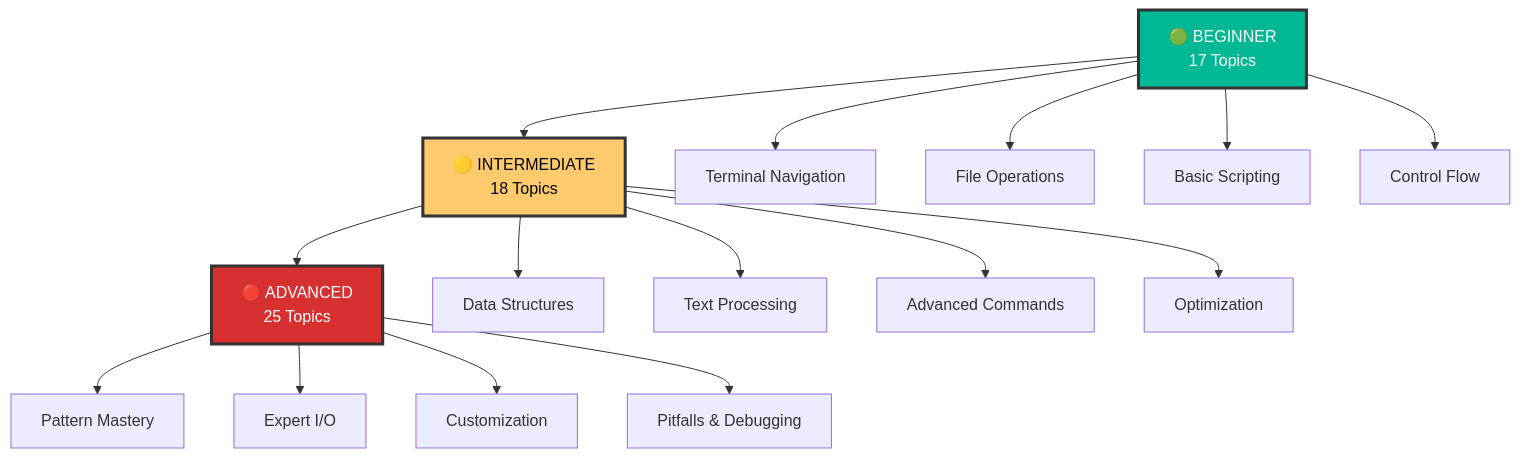
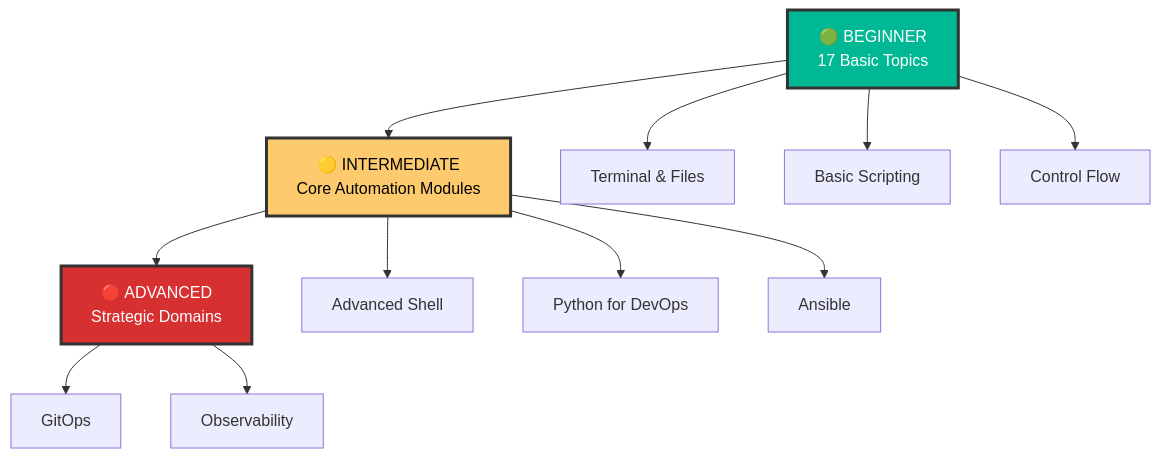
One commit to Ganil151/Devops changed the diagram in 1-Beginner/02-Phase-2/01-Automation/README.md. Above: the diagram before and after it, drawn with Mermaid. The commit also changed other lines of this file and 62 other files, not shown here.

````diff
--- a/1-Beginner/02-Phase-2/01-Automation/README.md
+++ b/1-Beginner/02-Phase-2/01-Automation/README.md
@@ -30,24 +26,20 @@
 ```mermaid
 graph TD
-    A[🟢 BEGINNER<br/>17 Topics] --> B[🟡 INTERMEDIATE<br/>18 Topics]
-    B --> C[🔴 ADVANCED<br/>25 Topics]
+    A[🟢 BEGINNER<br/>17 Basic Topics] --> B[🟡 INTERMEDIATE<br/>Core Automation Modules]
+    B --> C[🔴 ADVANCED<br/>Strategic Domains]
     
-    A --> A1[Terminal Navigation]
-    A --> A2[File Operations]
-    A --> A3[Basic Scripting]
-    A --> A4[Control Flow]
+    A --> A1[Terminal & Files]
+    A --> A2[Basic Scripting]
+    A --> A3[Control Flow]
     
-    B --> B1[Data Structures]
-    B --> B2[Text Processing]
-    B --> B3[Advanced Commands]
-    B --> B4[Optimization]
+    B --> B1[Advanced Shell]
+    B --> B2[Python for DevOps]
+    B --> B3[Ansible]
     
-    C --> C1[Pattern Mastery]
-    C --> C2[Expert I/O]
-    C --> C3[Customization]
-    C --> C4[Pitfalls & Debugging]
+    C --> C1[GitOps]
+    C --> C2[Observability]
     
     style A fill:#00b894,stroke:#333,stroke-width:3px,color:#fff
     style B fill:#fdcb6e,stroke:#333,stroke-width:3px,color:#000
     style C fill:#d63031,stroke:#333,stroke-width:3px,color:#fff
 ```
````
